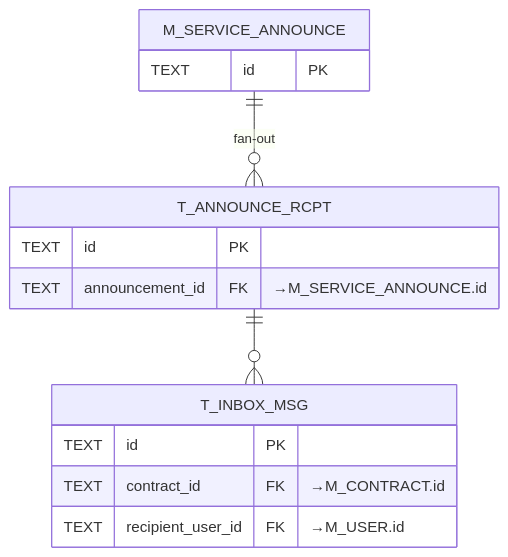
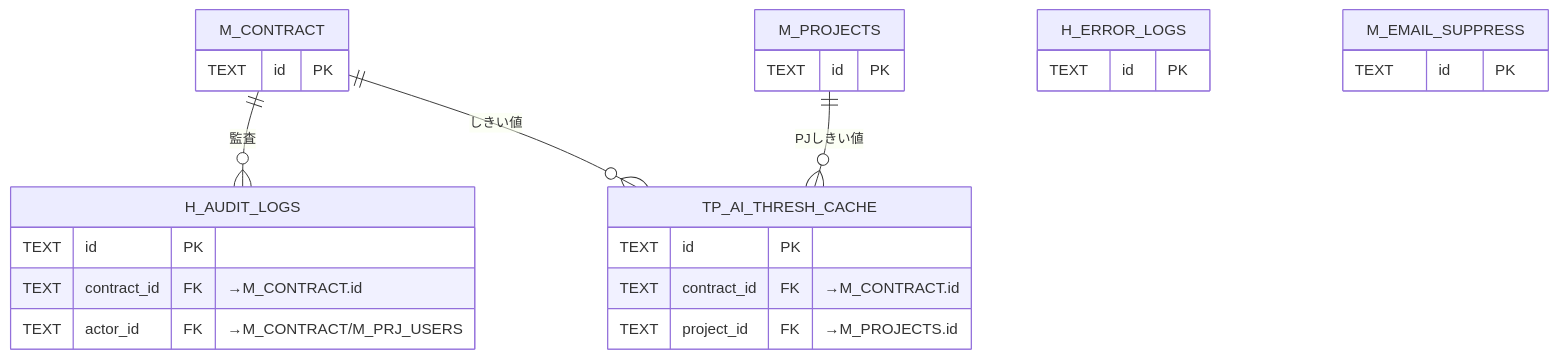
The tenth of 10 diagrams in 02_basic-design/03_database-design.md (sikakou54/open-faq), drawn with Mermaid before and after one commit. The commit also changed other lines of this file and 162 other files, not shown here.

````diff
--- a/02_basic-design/03_database-design.md
+++ b/02_basic-design/03_database-design.md
@@ -230,11 +397,16 @@
 ```mermaid
 erDiagram
-  M_SERVICE_ANNOUNCE { TEXT id PK }
-  T_ANNOUNCE_RCPT { TEXT id PK
-    TEXT announcement_id FK "→M_SERVICE_ANNOUNCE.id" }
-  T_INBOX_MSG { TEXT id PK
+  M_CONTRACT { TEXT id PK }
+  M_PROJECTS { TEXT id PK }
+  H_AUDIT_LOGS { TEXT id PK
     TEXT contract_id FK "→M_CONTRACT.id"
-    TEXT recipient_user_id FK "→M_USER.id" }
-  M_SERVICE_ANNOUNCE ||--o{ T_ANNOUNCE_RCPT : "fan-out"
-  T_ANNOUNCE_RCPT ||--o{ T_INBOX_MSG : ""
+    TEXT actor_id FK "→M_CONTRACT/M_PRJ_USERS" }
+  TP_AI_THRESH_CACHE { TEXT id PK
+    TEXT contract_id FK "→M_CONTRACT.id"
+    TEXT project_id FK "→M_PROJECTS.id" }
+  H_ERROR_LOGS { TEXT id PK }
+  M_EMAIL_SUPPRESS { TEXT id PK }
+  M_CONTRACT ||--o{ H_AUDIT_LOGS : "監査"
+  M_CONTRACT ||--o{ TP_AI_THRESH_CACHE : "しきい値"
+  M_PROJECTS ||--o{ TP_AI_THRESH_CACHE : "PJしきい値"
 ```
````
